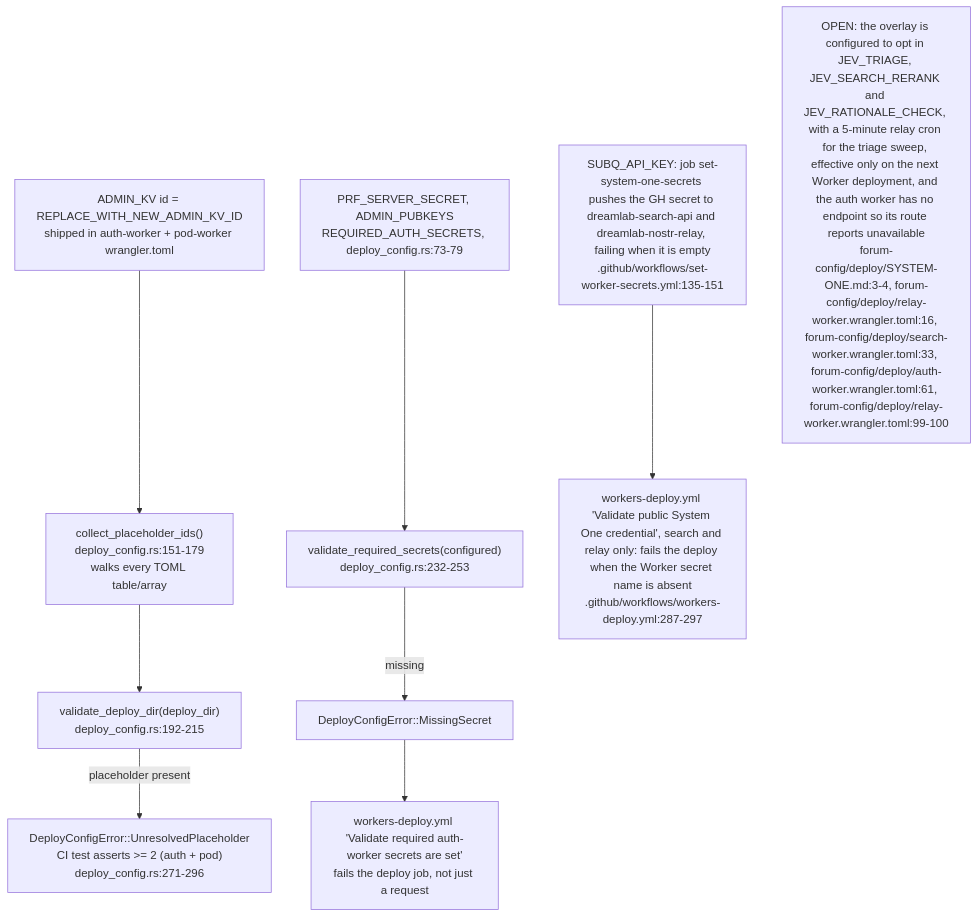
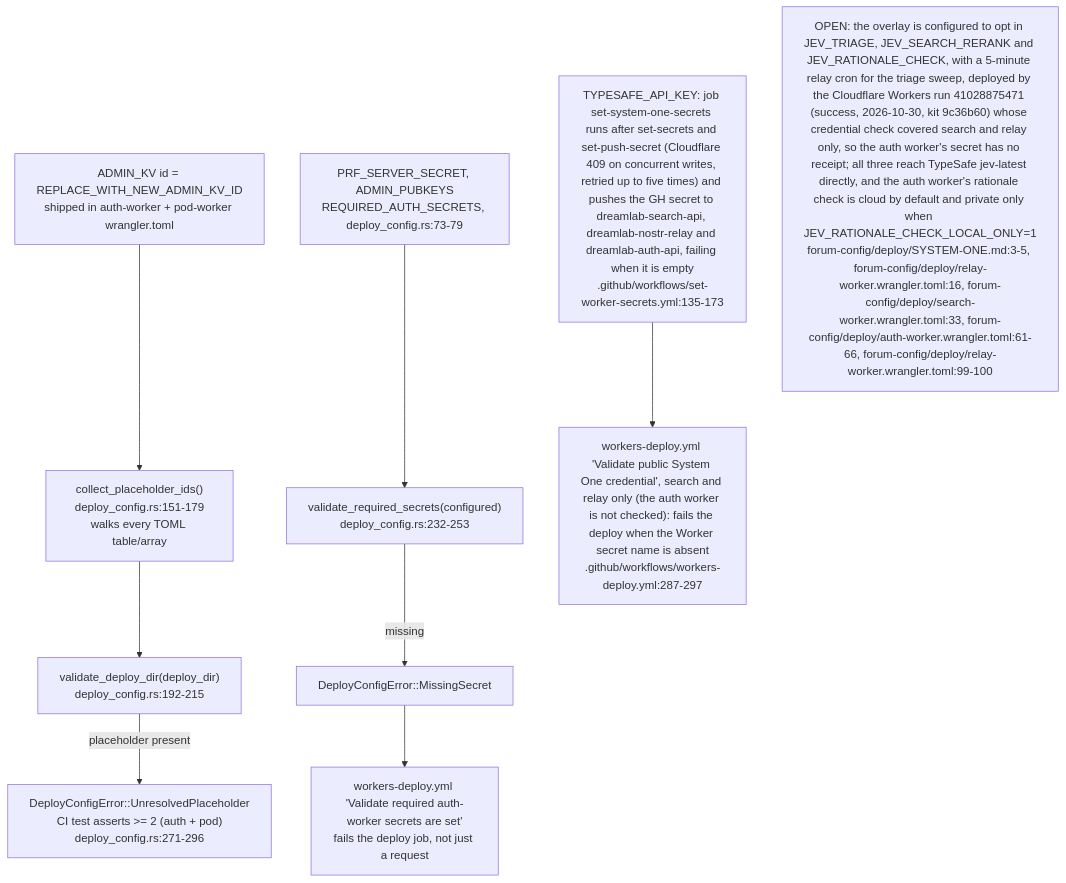
Before and after one commit to DreamLab-AI/VisionFlow: the seventh of 10 diagrams in docs/diagrams/dreamlab-ai-website/03-forum-config-overlay-zones-admin-kv-sync.md, drawn with Mermaid. The commit also changed other lines of this file and 142 other files, not shown here.

First line of the commit message:
docs(diagrams): one System One route; re-verify 140 topics at today's heads

````diff
--- a/docs/diagrams/dreamlab-ai-website/03-forum-config-overlay-zones-admin-kv-sync.md
+++ b/docs/diagrams/dreamlab-ai-website/03-forum-config-overlay-zones-admin-kv-sync.md
@@ -162,11 +162,11 @@
 ```mermaid
 flowchart TB
     KVID["ADMIN_KV id = REPLACE_WITH_NEW_ADMIN_KV_ID<br/>shipped in auth-worker + pod-worker wrangler.toml"] --> SCAN["collect_placeholder_ids()<br/>deploy_config.rs:151-179<br/>walks every TOML table/array"]
     SCAN --> DETECT["validate_deploy_dir(deploy_dir)<br/>deploy_config.rs:192-215"]
     DETECT -->|placeholder present| FAIL1["DeployConfigError::UnresolvedPlaceholder<br/>CI test asserts >= 2 (auth + pod)<br/>deploy_config.rs:271-296"]
     SECRETS["PRF_SERVER_SECRET, ADMIN_PUBKEYS<br/>REQUIRED_AUTH_SECRETS, deploy_config.rs:73-79"] --> CHECK["validate_required_secrets(configured)<br/>deploy_config.rs:232-253"]
     CHECK -->|missing| FAIL2["DeployConfigError::MissingSecret"]
     FAIL2 --> DEPLOYSTEP["workers-deploy.yml 'Validate required auth-worker secrets are set'<br/>fails the deploy job, not just a request"]
-    SUBQ["SUBQ_API_KEY: job set-system-one-secrets pushes the GH secret to dreamlab-search-api and dreamlab-nostr-relay, failing when it is empty<br/>.github/workflows/set-worker-secrets.yml:135-151"] --> SUBQCHK["workers-deploy.yml 'Validate public System One credential', search and relay only: fails the deploy when the Worker secret name is absent<br/>.github/workflows/workers-deploy.yml:287-297"]
-    OPTIN["OPEN: the overlay is configured to opt in JEV_TRIAGE, JEV_SEARCH_RERANK and JEV_RATIONALE_CHECK, with a 5-minute relay cron for the triage sweep, effective only on the next Worker deployment, and the auth worker has no endpoint so its route reports unavailable<br/>forum-config/deploy/SYSTEM-ONE.md:3-4, forum-config/deploy/relay-worker.wrangler.toml:16, forum-config/deploy/search-worker.wrangler.toml:33, forum-config/deploy/auth-worker.wrangler.toml:61, forum-config/deploy/relay-worker.wrangler.toml:99-100"]
+    SUBQ["TYPESAFE_API_KEY: job set-system-one-secrets runs after set-secrets and set-push-secret (Cloudflare 409 on concurrent writes, retried up to five times) and pushes the GH secret to dreamlab-search-api, dreamlab-nostr-relay and dreamlab-auth-api, failing when it is empty<br/>.github/workflows/set-worker-secrets.yml:135-173"] --> SUBQCHK["workers-deploy.yml 'Validate public System One credential', search and relay only (the auth worker is not checked): fails the deploy when the Worker secret name is absent<br/>.github/workflows/workers-deploy.yml:287-297"]
+    OPTIN["OPEN: the overlay is configured to opt in JEV_TRIAGE, JEV_SEARCH_RERANK and JEV_RATIONALE_CHECK, with a 5-minute relay cron for the triage sweep, deployed by the Cloudflare Workers run 41028875471 (success, 2026-10-30, kit 9c36b60) whose credential check covered search and relay only, so the auth worker's secret has no receipt; all three reach TypeSafe jev-latest directly, and the auth worker's rationale check is cloud by default and private only when JEV_RATIONALE_CHECK_LOCAL_ONLY=1<br/>forum-config/deploy/SYSTEM-ONE.md:3-5, forum-config/deploy/relay-worker.wrangler.toml:16, forum-config/deploy/search-worker.wrangler.toml:33, forum-config/deploy/auth-worker.wrangler.toml:61-66, forum-config/deploy/relay-worker.wrangler.toml:99-100"]
 ```
````
